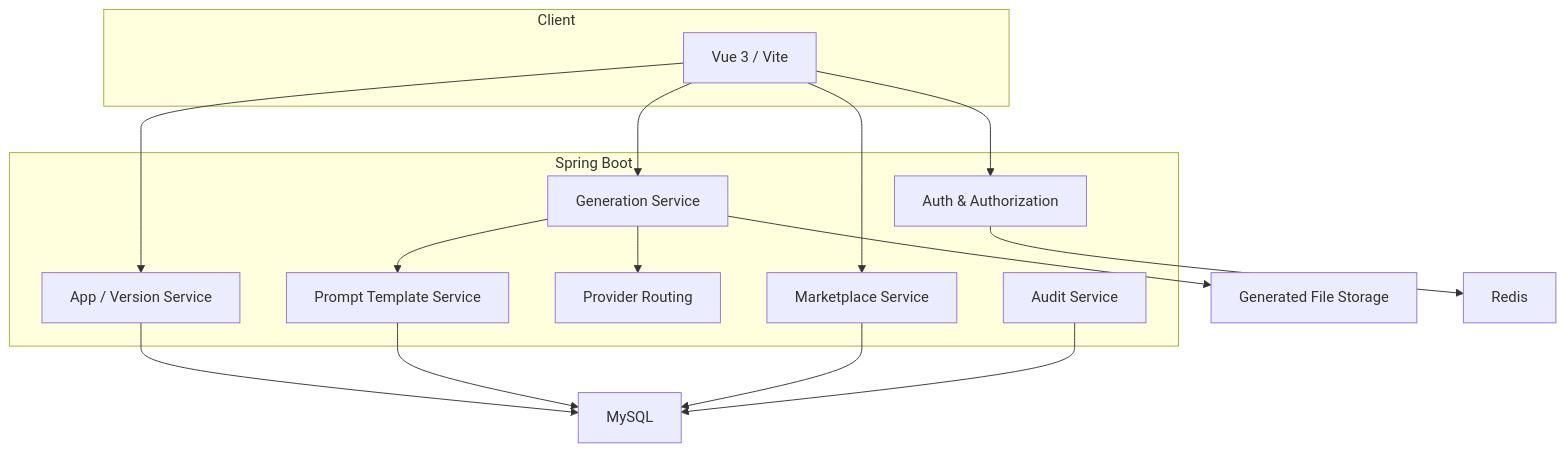
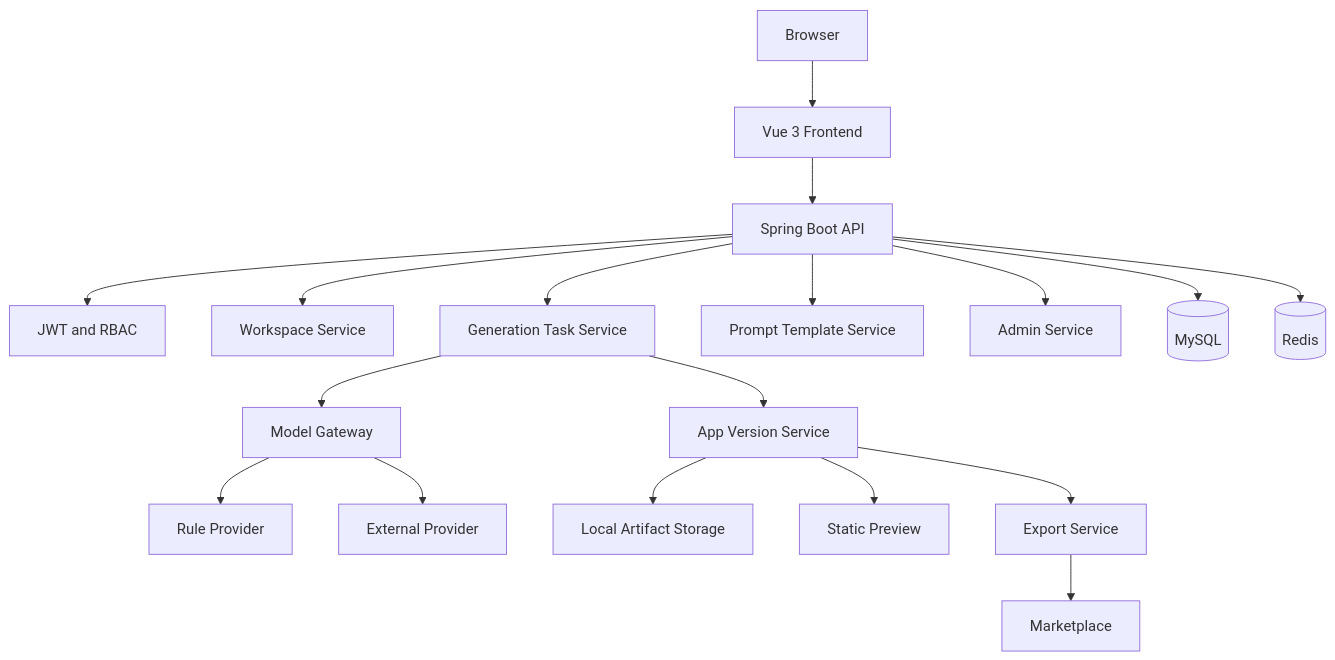
The second of 4 diagrams in docs/architecture.md (18307519324az/CodeForge-AI), drawn with Mermaid before and after one commit. The commit also changed other lines of this file and 25 other files, not shown here.

Commit message:
docs: complete generated preview and repository documentation

````diff
--- a/docs/architecture.md
+++ b/docs/architecture.md
@@ -5,27 +89,20 @@
 ```mermaid
 flowchart TB
-  subgraph Client["Client"]
-    Web["Vue 3 / Vite"]
-  end
-  subgraph Backend["Spring Boot"]
-    Auth["Auth & Authorization"]
-    App["App / Version Service"]
-    Gen["Generation Service"]
-    Prompt["Prompt Template Service"]
-    Provider["Provider Routing"]
-    Market["Marketplace Service"]
-    Audit["Audit Service"]
-  end
-  Web --> Auth
-  Web --> App
-  Web --> Gen
-  Web --> Market
-  Gen --> Prompt
-  Gen --> Provider
-  Gen --> Files["Generated File Storage"]
-  App --> MySQL["MySQL"]
-  Prompt --> MySQL
-  Market --> MySQL
-  Audit --> MySQL
-  Auth --> Redis["Redis"]
+  Browser[Browser] --> Frontend[Vue 3 Frontend]
+  Frontend --> Api[Spring Boot API]
+  Api --> Security[JWT and RBAC]
+  Api --> Workspace[Workspace Service]
+  Api --> Generation[Generation Task Service]
+  Api --> Prompt[Prompt Template Service]
+  Api --> Admin[Admin Service]
+  Generation --> Gateway[Model Gateway]
+  Gateway --> Rule[Rule Provider]
+  Gateway --> Provider[External Provider]
+  Generation --> Version[App Version Service]
+  Version --> Storage[Local Artifact Storage]
+  Version --> Preview[Static Preview]
+  Version --> Export[Export Service]
+  Export --> Marketplace[Marketplace]
+  Api --> Mysql[(MySQL)]
+  Api --> Redis[(Redis)]
 ```
````
